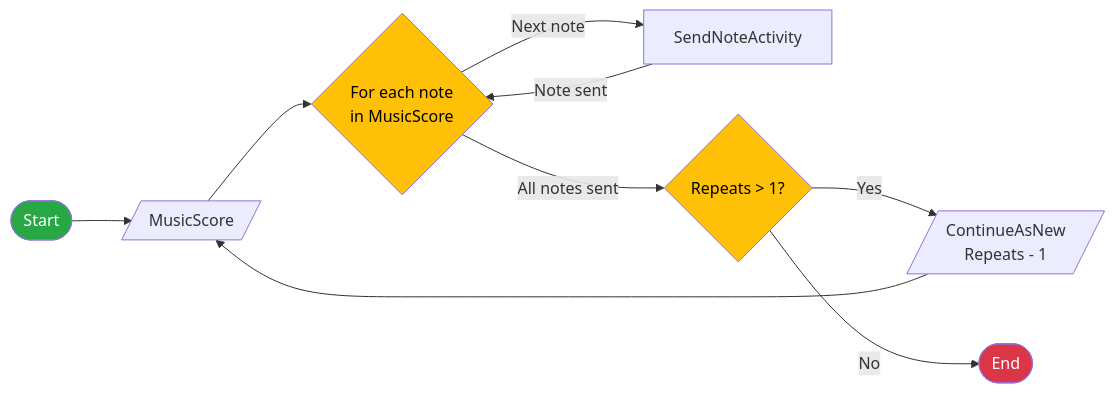
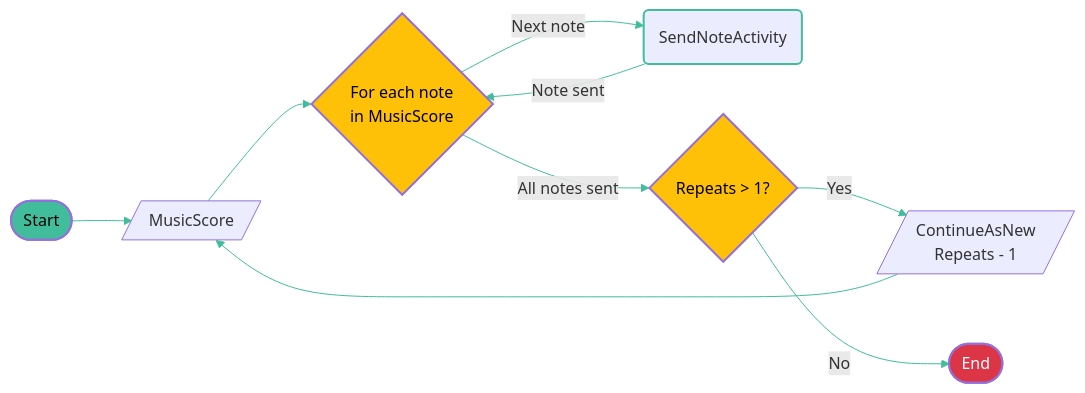
Before and after one commit to diagrid-labs/dapr-workflow-concerto: the diagram in .demo/slides/03-tech-setup/04a-music-workflow-v2-diagram.md, drawn with Mermaid. The commit also changed 8 other files, not shown here.

Commit message:
Update mermaid styles

````diff
--- a/.demo/slides/03-tech-setup/04a-music-workflow-v2-diagram.md
+++ b/.demo/slides/03-tech-setup/04a-music-workflow-v2-diagram.md
@@ -7,18 +7,20 @@
 ```mermaid
 flowchart LR
     Start([Start]) --> Input[/MusicScore/]
     Input --> Loop{For each note
     in MusicScore}
-    Loop -->|Next note| Activity[SendNoteActivity]
+    Loop -->|Next note| Activity(SendNoteActivity)
     Activity -->|Note sent| Loop
     Loop -->|All notes sent| Repeats{Repeats > 1?}
     Repeats -->|Yes| ContinueAsNew[/ContinueAsNew
     Repeats - 1/]
     ContinueAsNew --> Input
     Repeats -->|No| Complete([End])
 
-    style Start fill:#28a745,color:#ffffff
-    style Complete fill:#dc3545,color:#ffffff
-    style Loop fill:#ffc107,color:#000000
-    style Repeats fill:#ffc107,color:#000000
+    style Start fill:#41bd9b,color:#000000,stroke-width:2px
+    style Complete fill:#dc3545,color:#ffffff,stroke-width:2px
+    style Loop fill:#ffc107,color:#000000,stroke-width:2px
+    style Repeats fill:#ffc107,color:#000000,stroke-width:2px
+    style Activity stroke:#41bd9b,stroke-width:2px
+    linkStyle default stroke:#41bd9b,stroke-width:1px
 ```
````
